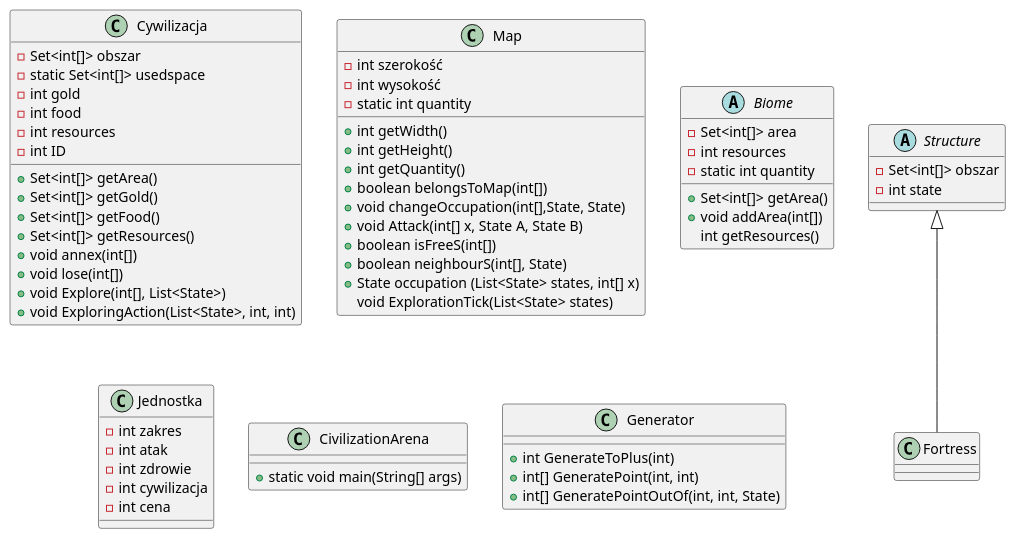
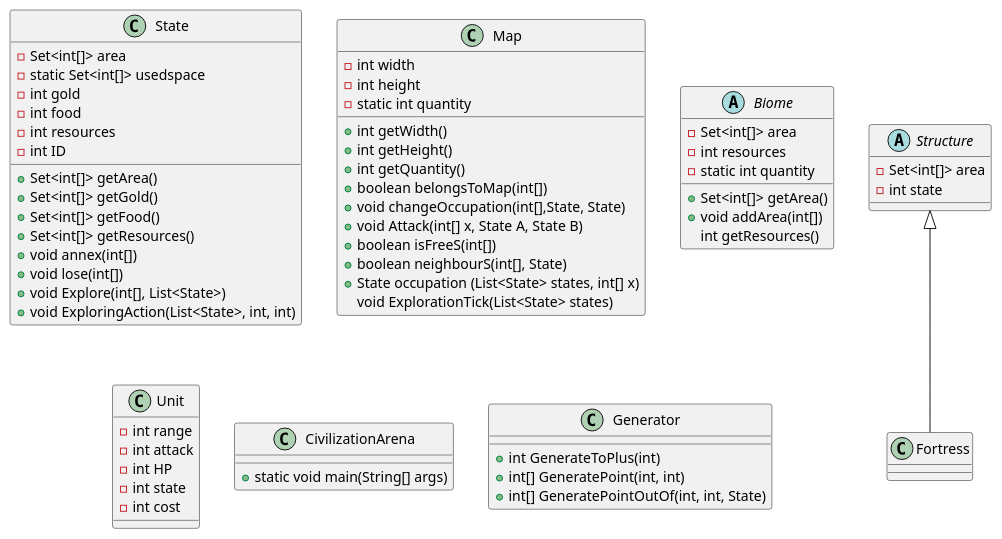
The diagram in src/Diagramyklas.puml (MiloszCzaniecki/CivilizationArena), drawn with PlantUML before and after one commit. The commit also changed 2 other files, not shown here.

Commit message:
UML diagram
Update diagramu

```diff
--- a/src/Diagramyklas.puml
+++ b/src/Diagramyklas.puml
@@ -1,72 +1,72 @@
 @startuml
 'https://plantuml.com/class-diagram
 
 abstract class Structure
-Structure : -Set<int[]> obszar
+Structure : -Set<int[]> area
 Structure : -int state
-class Cywilizacja
-Cywilizacja : -Set<int[]> obszar
-Cywilizacja : -static Set<int[]> usedspace
-Cywilizacja : -int gold
-Cywilizacja : -int food
-Cywilizacja : -int resources
-Cywilizacja : -int ID
-Cywilizacja : +Set<int[]> getArea()
-Cywilizacja : +Set<int[]> getGold()
-Cywilizacja : +Set<int[]> getFood()
-Cywilizacja : +Set<int[]> getResources()
-Cywilizacja : +void annex(int[])
-Cywilizacja : +void lose(int[])
-Cywilizacja : +void Explore(int[], List<State>)
-Cywilizacja : +void ExploringAction(List<State>, int, int)
+class State
+State : -Set<int[]> area
+State : -static Set<int[]> usedspace
+State : -int gold
+State : -int food
+State : -int resources
+State : -int ID
+State : +Set<int[]> getArea()
+State : +Set<int[]> getGold()
+State : +Set<int[]> getFood()
+State : +Set<int[]> getResources()
+State : +void annex(int[])
+State : +void lose(int[])
+State : +void Explore(int[], List<State>)
+State : +void ExploringAction(List<State>, int, int)
 
 
 class Fortress extends Structure
 class Map
-Map : -int szerokość
-Map : -int wysokość
+Map : -int width
+Map : -int height
 Map : -static int quantity
 Map : +int getWidth()
 Map : +int getHeight()
 Map : +int getQuantity()
 Map : +boolean belongsToMap(int[])
 Map : +void changeOccupation(int[],State, State)
 Map : +void Attack(int[] x, State A, State B)
 Map : +boolean isFreeS(int[])
 Map : +boolean neighbourS(int[], State)
 Map : +State occupation (List<State> states, int[] x)
 Map : void ExplorationTick(List<State> states)
 
 
 
 
 abstract class Biome
 
 Biome : -Set<int[]> area
 Biome : -int resources
 Biome : -static int quantity
 Biome : +Set<int[]> getArea()
 Biome : +void addArea(int[])
 Biome : int getResources()
-class Jednostka
-Jednostka : -int zakres
-Jednostka : -int atak
-Jednostka : -int zdrowie
-Jednostka : -int cywilizacja
-Jednostka : -int cena
+class Unit
+Unit : -int range
+Unit : -int attack
+Unit : -int HP
+Unit : -int state
+Unit : -int cost
 
 class CivilizationArena
 CivilizationArena : +static void main(String[] args)
 
 class Generator
 
 Generator : +int GenerateToPlus(int)
 Generator : +int[] GeneratePoint(int, int)
 Generator : +int[] GeneratePointOutOf(int, int, State)
 
 
 
 
 
 
 @enduml
```
